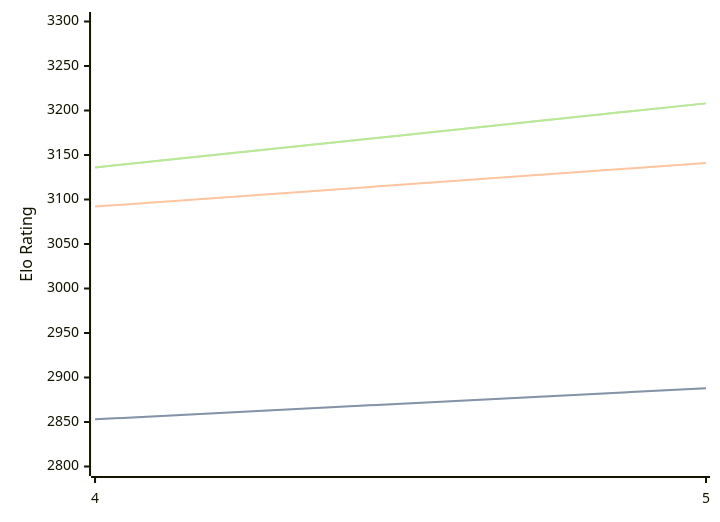
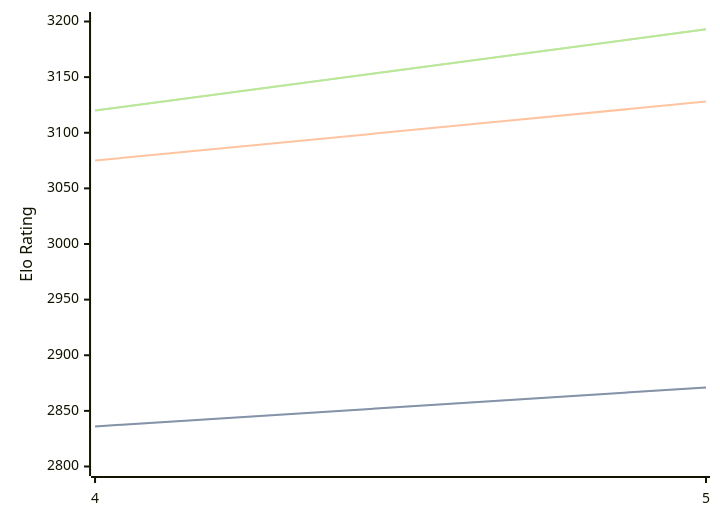
One commit to computer-chess-index/cci changed the diagram in engines/Cwtch.md. Above: the diagram before and after it, drawn with Mermaid. The commit also changed other lines of this file, not shown here.

Commit message:
Update CCI Ratings (ELO VLTC) - 2026-05-20

````diff
--- a/engines/Cwtch.md
+++ b/engines/Cwtch.md
@@ -34,11 +34,11 @@
 ```mermaid
 %%{init: {"theme":"base","themeVariables":{"seriesColors:['#a3a3a3','#222221','#faa371']}}}%%
 xychart-beta
   x-axis ["4", "5"]
-  y-axis "Elo Rating" 2800 --> 3300
-  line "STC (8.0+0.08s)" [2853, 2888]
-  line "STC (8.0+0.08s)" [2853, 2888]
-  line "LTC (60.0+0.60s)" [3092, 3141]
-  line "VLTC (2m24s+1.12s)" [3136, 3208]
-  line "VLTC (2m24s+1.12s)" [3136, 3208]
+  y-axis "Elo Rating" 2800 --> 3200
+  line "STC (8.0+0.08s)" [2836, 2871]
+  line "STC (8.0+0.08s)" [2836, 2871]
+  line "LTC (60.0+0.60s)" [3075, 3128]
+  line "VLTC (2m24s+1.12s)" [3120, 3193]
+  line "VLTC (2m24s+1.12s)" [3120, 3193]
 ```
````
